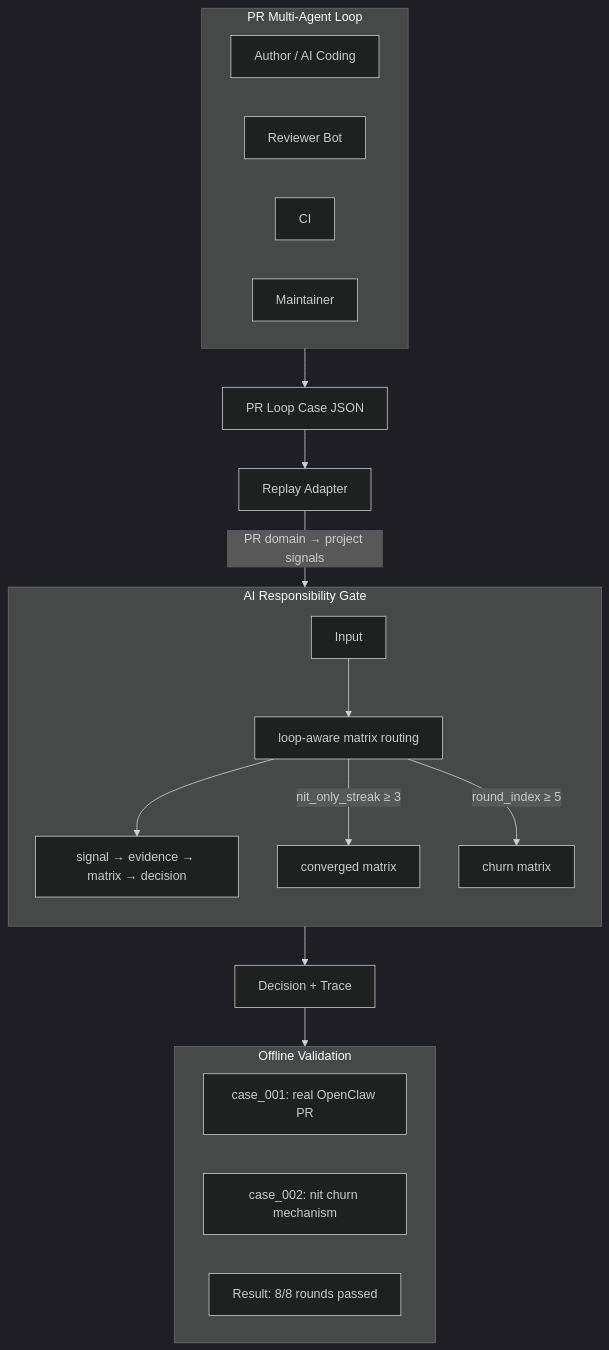
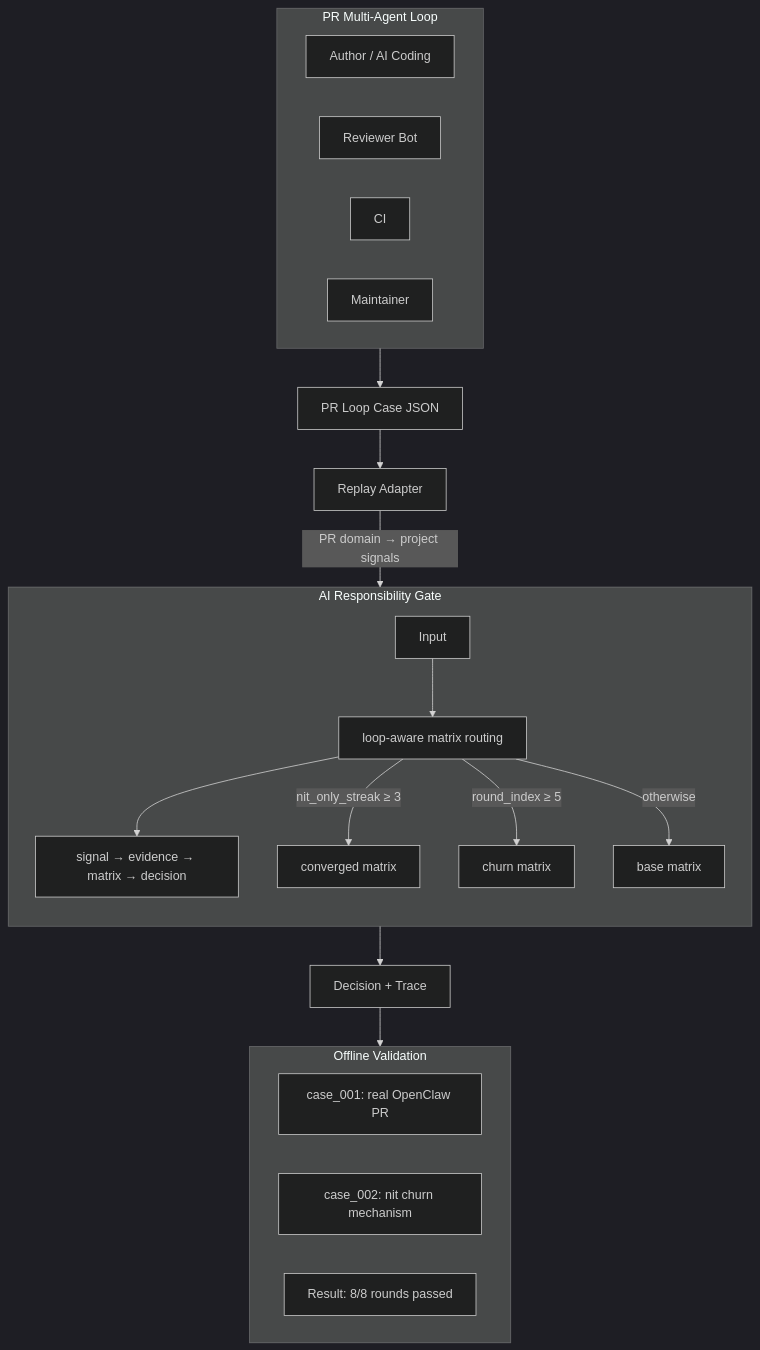
Before and after one commit to zhangzhefang-github/ai-responsibility-gate: the first of 2 diagrams in docs/PR_LOOP_REPLAY_BRIEFING.md, drawn with Mermaid (dark theme). The commit also changed other lines of this file, not shown here.

````diff
--- a/docs/PR_LOOP_REPLAY_BRIEFING.md
+++ b/docs/PR_LOOP_REPLAY_BRIEFING.md
@@ -15,32 +15,33 @@
 ```mermaid
 flowchart TB
     subgraph Sources [PR Multi-Agent Loop]
         Author[Author / AI Coding]
         Reviewer[Reviewer Bot]
         CI[CI]
         Maintainer[Maintainer]
     end
 
     Sources --> CaseJSON[PR Loop Case JSON]
     CaseJSON --> Adapter[Replay Adapter]
     Adapter -->|"PR domain → project signals"| GateInput
 
     subgraph Gate [AI Responsibility Gate]
         direction TB
         GateInput[Input]
         Routing["loop-aware matrix routing"]
         Pipeline["signal → evidence → matrix → decision"]
         GateInput --> Routing --> Pipeline
         Routing -->|"nit_only_streak ≥ 3"| Conv["converged matrix"]
         Routing -->|"round_index ≥ 5"| Churn["churn matrix"]
+        Routing -->|"otherwise"| Base["base matrix"]
     end
 
     Pipeline --> Decision[Decision + Trace]
     Decision --> Validation
 
     subgraph Validation [Offline Validation]
         V1["case_001: real OpenClaw PR"]
         V2["case_002: nit churn mechanism"]
         V3["Result: 8/8 rounds passed"]
     end
 ```
````
